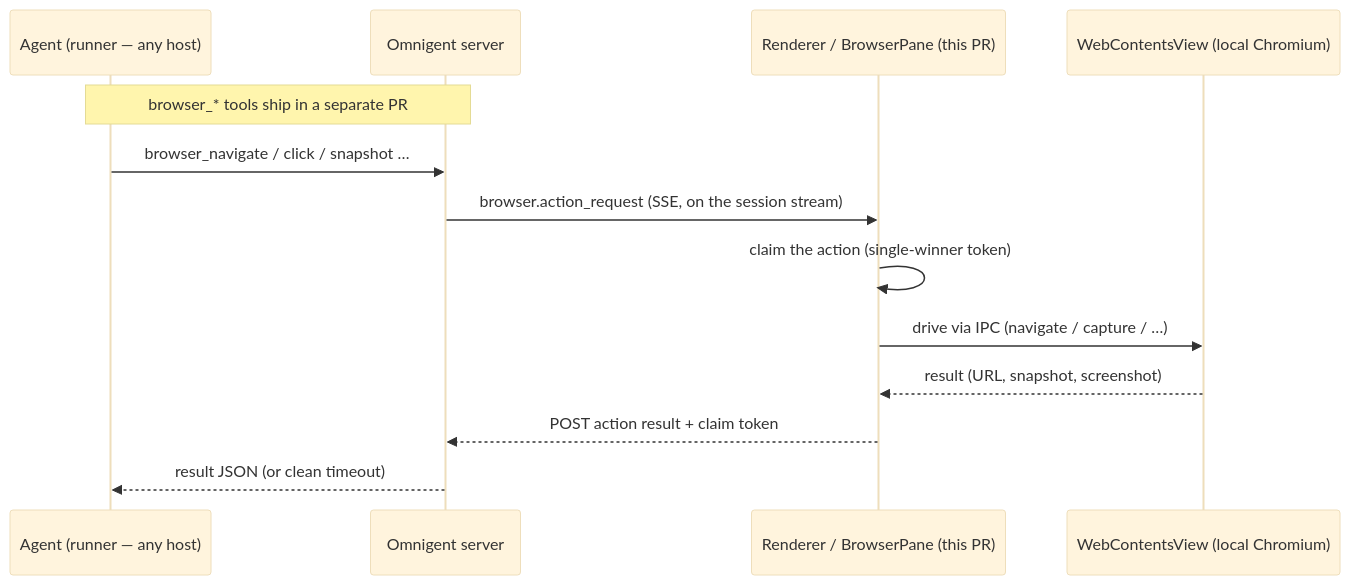
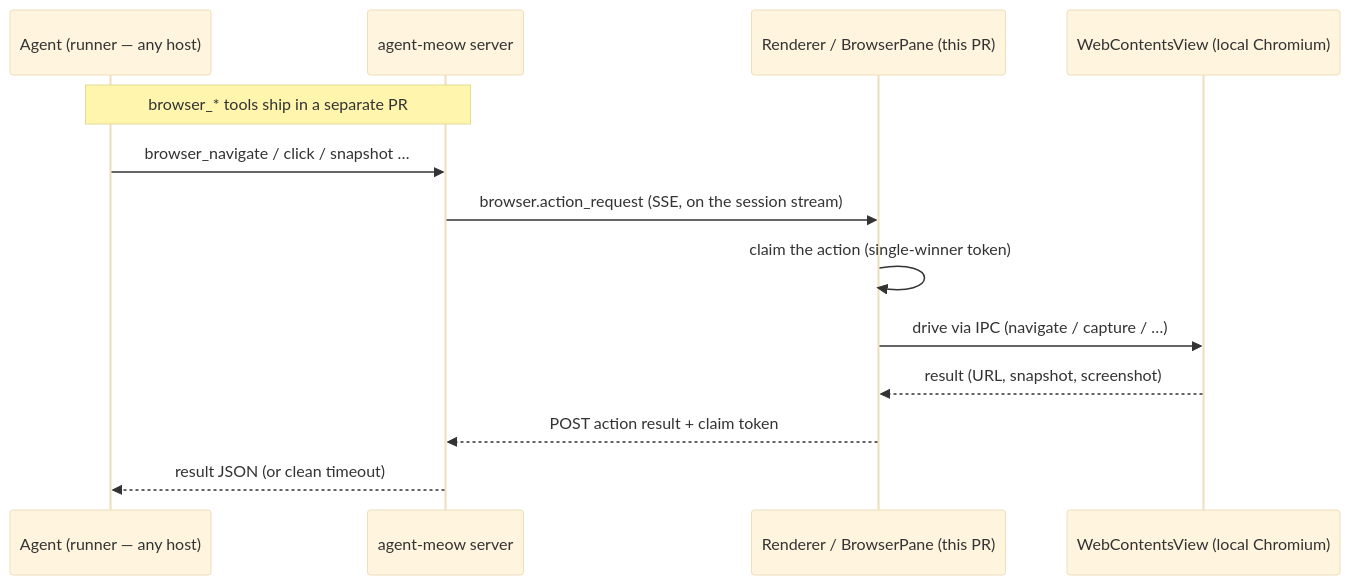
One commit to JZKK720/agent-meow changed the diagram in web/electron/README.md. Above: the diagram before and after it, drawn with Mermaid (base theme). The commit also changed other lines of this file and 140 other files, not shown here.

````diff
--- a/web/electron/README.md
+++ b/web/electron/README.md
@@ -218,16 +218,16 @@
 ```mermaid
 sequenceDiagram
     participant A as Agent (runner — any host)
-    participant S as Omnigent server
+    participant S as agent-meow server
     participant R as Renderer / BrowserPane (this PR)
     participant V as WebContentsView (local Chromium)
 
     Note over A,S: browser_* tools ship in a separate PR
     A->>S: browser_navigate / click / snapshot …
     S->>R: browser.action_request (SSE, on the session stream)
     R->>R: claim the action (single-winner token)
     R->>V: drive via IPC (navigate / capture / …)
     V-->>R: result (URL, snapshot, screenshot)
     R-->>S: POST action result + claim token
     S-->>A: result JSON (or clean timeout)
 ```
````
